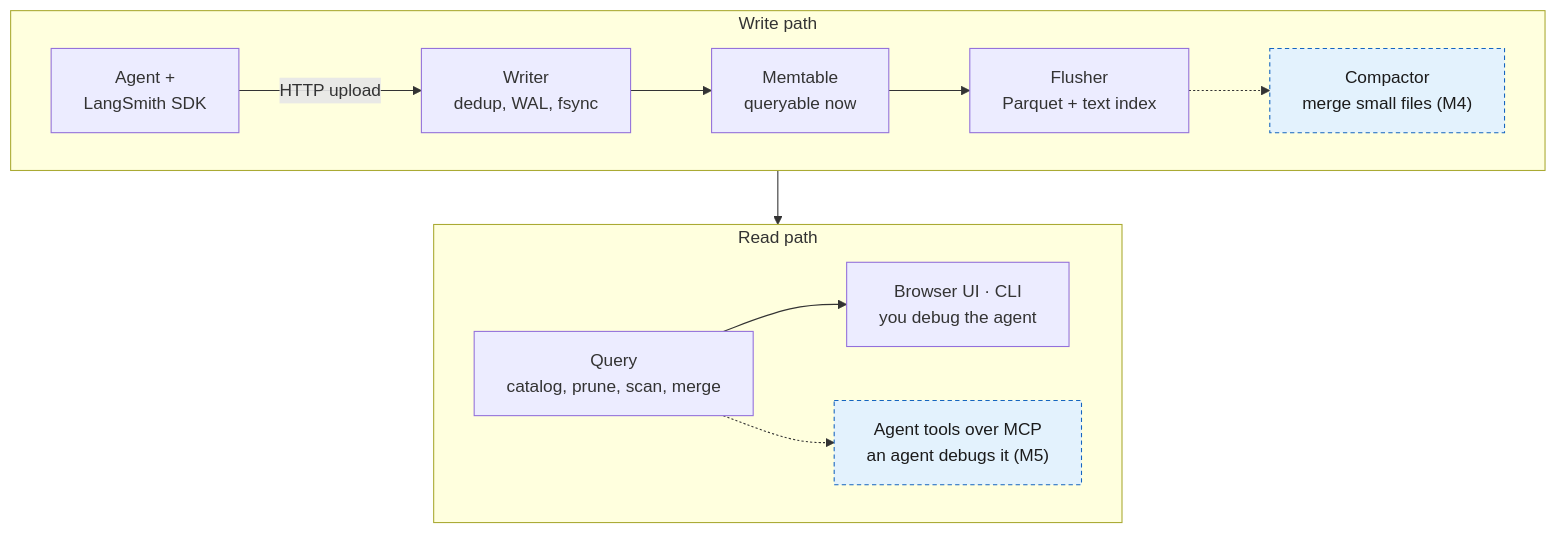
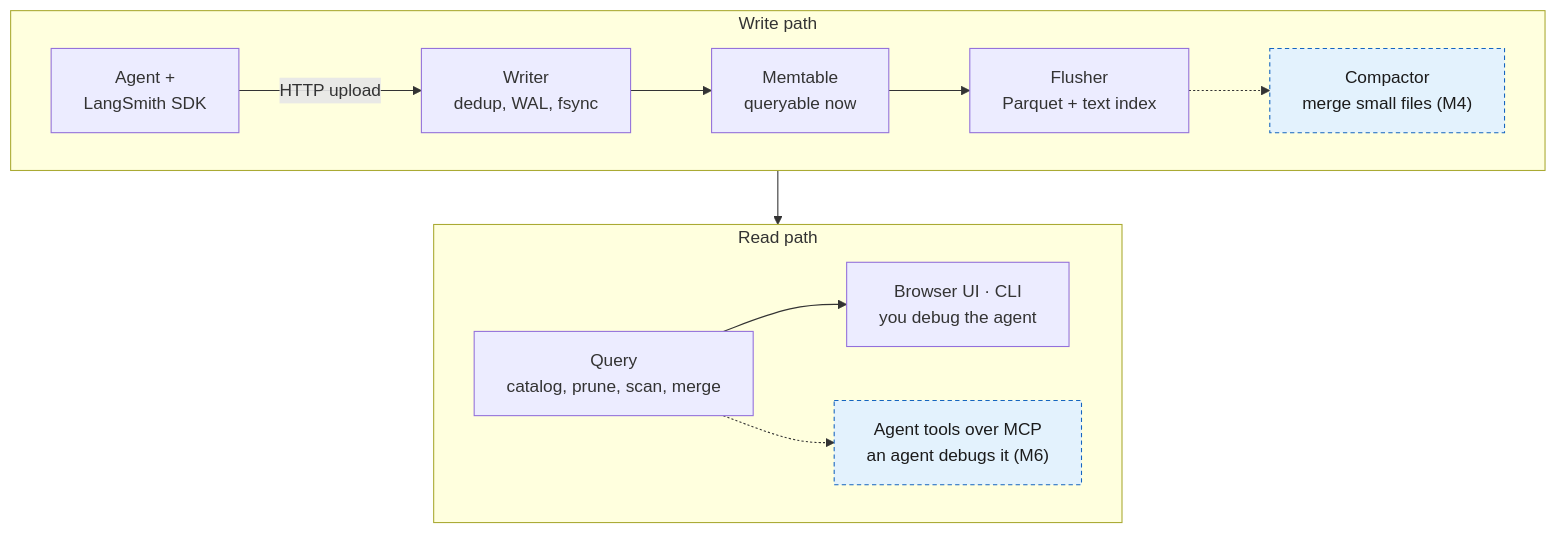
Before and after one commit to liukai/smithling: the second of 13 diagrams in STARTER_GUIDE.md, drawn with Mermaid. The commit also changed other lines of this file and 9 other files, not shown here.

````diff
--- a/STARTER_GUIDE.md
+++ b/STARTER_GUIDE.md
@@ -120,17 +122,17 @@
 ```mermaid
 flowchart TB
     subgraph W["Write path"]
         direction LR
         A["Agent +<br/>LangSmith SDK"] -- "HTTP upload" --> C["Writer<br/>dedup, WAL, fsync"]
         C --> D["Memtable<br/>queryable now"]
         D --> E["Flusher<br/>Parquet + text index"]
         E -.-> K["Compactor<br/>merge small files (M4)"]:::plan
     end
     subgraph R["Read path"]
         direction LR
         G["Query<br/>catalog, prune, scan, merge"] --> H["Browser UI · CLI<br/>you debug the agent"]
-        G -.-> I["Agent tools over MCP<br/>an agent debugs it (M5)"]:::plan
+        G -.-> I["Agent tools over MCP<br/>an agent debugs it (M6)"]:::plan
     end
     W --> R
     classDef plan fill:#e3f2fd,stroke:#1565c0,color:#1b1b1b,stroke-dasharray: 4 3
 ```
````
